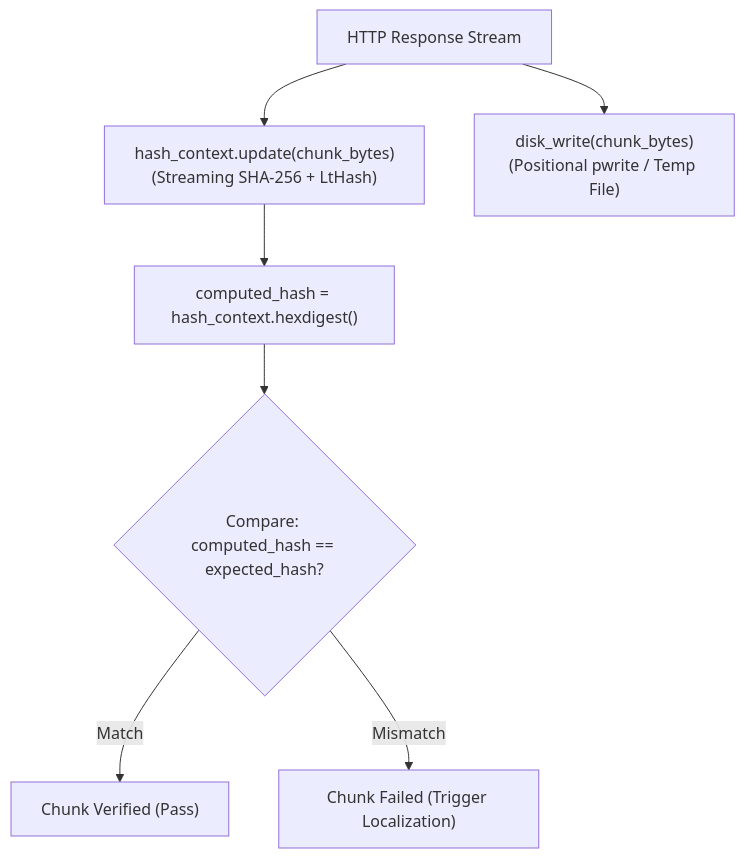
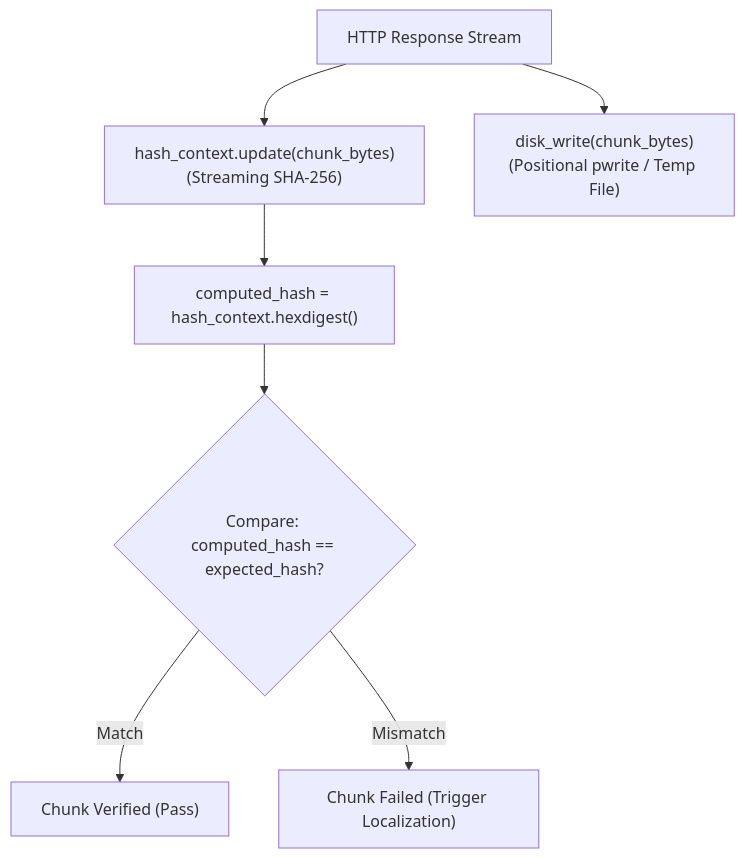
The fourth of 4 diagrams in docs/ARCHITECTURE.md (PxA-Labs/ReliaDL), drawn with Mermaid before and after one commit. The commit also changed other lines of this file and 28 other files, not shown here.

````diff
--- a/docs/ARCHITECTURE.md
+++ b/docs/ARCHITECTURE.md
@@ -226,11 +222,11 @@
 ```mermaid
 graph TD
     STREAM["HTTP Response Stream"]
-    STREAM --> HASH["hash_context.update(chunk_bytes)<br/>(Streaming SHA-256 + LtHash)"]
+    STREAM --> HASH["hash_context.update(chunk_bytes)<br/>(Streaming SHA-256)"]
     STREAM --> DISK["disk_write(chunk_bytes)<br/>(Positional pwrite / Temp File)"]
     
     HASH --> COMPUTE["computed_hash = hash_context.hexdigest()"]
     COMPUTE --> COMPARE{"Compare: computed_hash == expected_hash?"}
     COMPARE -- "Match" --> PASS["Chunk Verified (Pass)"]
     COMPARE -- "Mismatch" --> FAIL["Chunk Failed (Trigger Localization)"]
 ```
````
